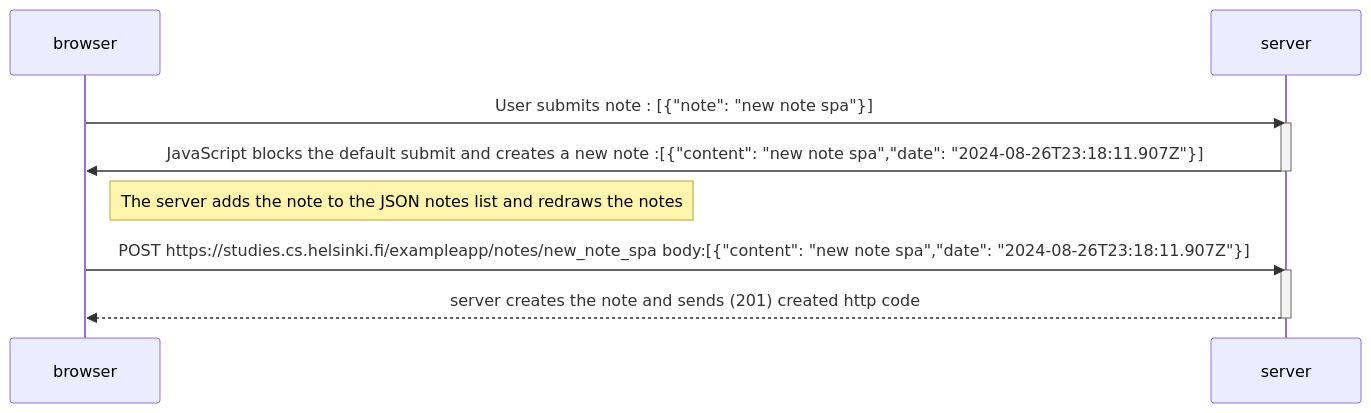
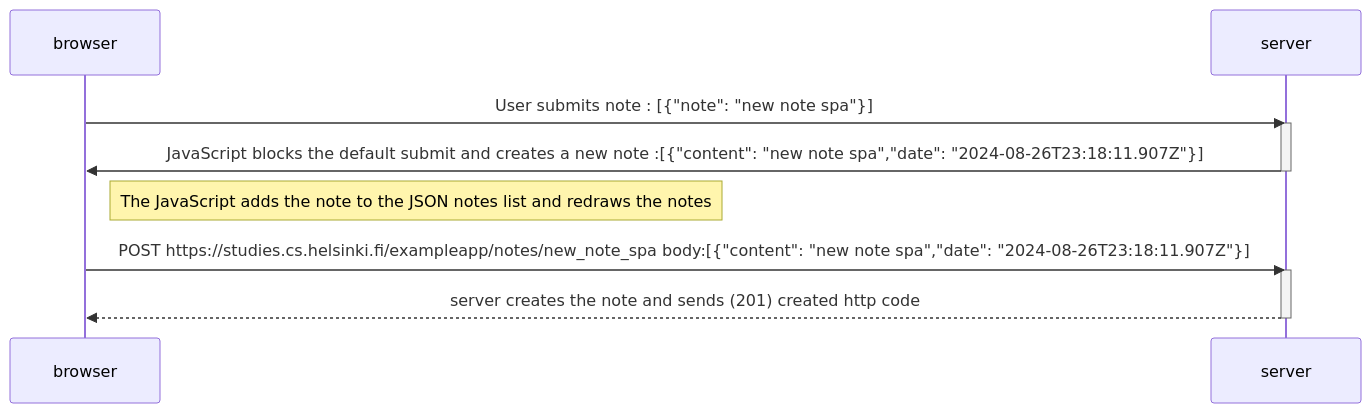
One commit to boularakSaraManel/FullStackOpen changed the diagram in part0/exercise_0_6.md. Above: the diagram before and after it, drawn with Mermaid.

````diff
--- a/part0/exercise_0_6.md
+++ b/part0/exercise_0_6.md
@@ -1,19 +1,19 @@
 ```mermaid
 sequenceDiagram
     participant browser
     participant server
 
     browser->>server: User submits note : [{"note": "new note spa"}]
     activate server
     server->>browser: JavaScript blocks the default submit and creates a new note :[{"content": "new note spa","date": "2024-08-26T23:18:11.907Z"}]
     deactivate server
 
 
-    Note right of browser: The server adds the note to the JSON notes list and redraws the notes
+    Note right of browser: The JavaScript adds the note to the JSON notes list and redraws the notes
 
     browser->>server: POST https://studies.cs.helsinki.fi/exampleapp/notes/new_note_spa body:[{"content": "new note spa","date": "2024-08-26T23:18:11.907Z"}] 
     activate server
     server-->>browser: server creates the note and sends (201) created http code 
     deactivate server
 
 ```
````
